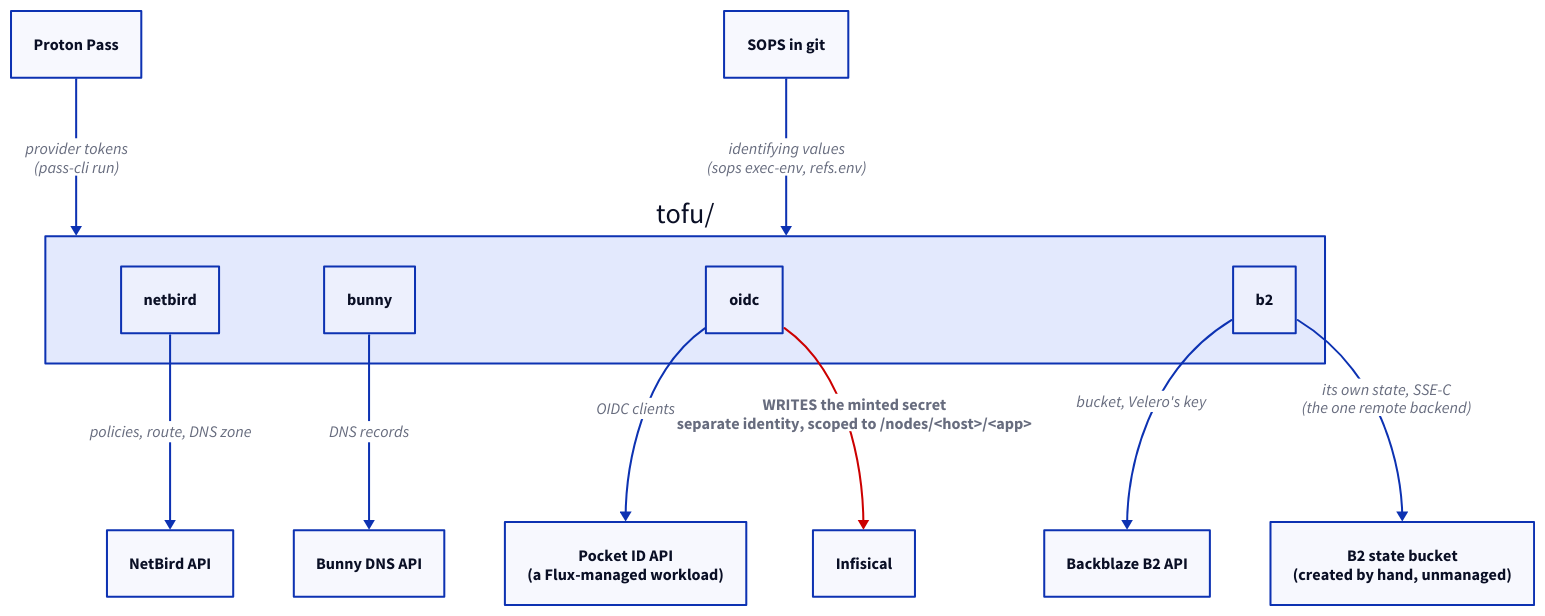
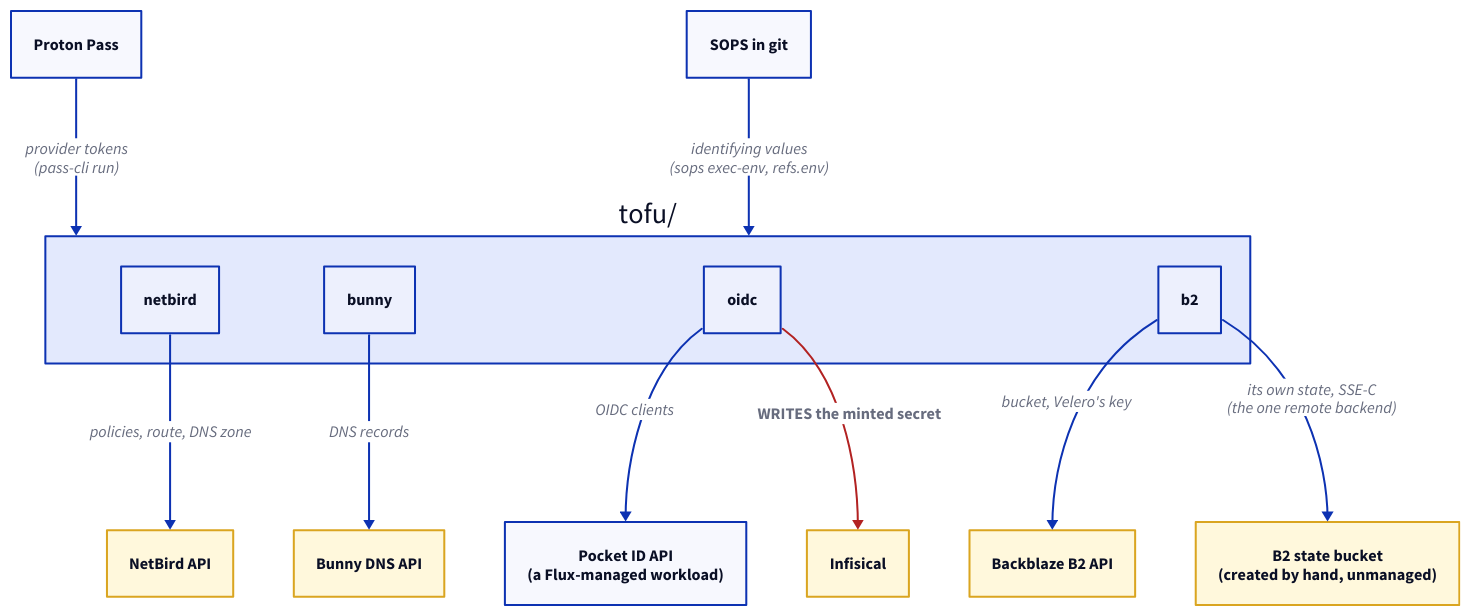
One commit to brewcoua/futhark changed the diagram in docs/src/tofu/index.md. Above: the diagram before and after it, drawn with D2. The commit also changed other lines of this file and 9 other files, not shown here.

First line of the commit message:
docs: give every diagram a named role palette

````diff
--- a/docs/src/tofu/index.md
+++ b/docs/src/tofu/index.md
@@ -126,33 +128,46 @@
 ```d2
 direction: down
 
+classes: {
+  external: {
+    style: {
+      stroke: goldenrod
+      fill: cornsilk
+    }
+  }
+  danger: {
+    style: {
+      bold: true
+      stroke: firebrick
+    }
+  }
+}
+
 pass: Proton Pass
 sops: SOPS in git
-infisical: Infisical
+infisical: Infisical { class: external }
 
 modules: "tofu/" {
   bunny
   oidc
   netbird
   b2
 }
 
 pass -> modules: provider tokens\n(pass-cli run)
 sops -> modules: identifying values\n(sops exec-env, refs.env)
 
 modules.bunny -> bunny-api: DNS records
 modules.netbird -> nb-api: policies, route, DNS zone
 modules.oidc -> pocketid: OIDC clients
 modules.b2 -> b2-api: bucket, Velero's key
 modules.b2 -> b2-state: "its own state, SSE-C\n(the one remote backend)"
 
-bunny-api: Bunny DNS API
-nb-api: NetBird API
+bunny-api: Bunny DNS API { class: external }
+nb-api: NetBird API { class: external }
 pocketid: "Pocket ID API\n(a Flux-managed workload)"
-b2-api: Backblaze B2 API
-b2-state: "B2 state bucket\n(created by hand, unmanaged)"
+b2-api: Backblaze B2 API { class: external }
+b2-state: "B2 state bucket\n(created by hand, unmanaged)" { class: external }
 
-modules.oidc -> infisical: "WRITES the minted secret\nseparate identity, scoped to /nodes/<host>/<app>" {
-  style: { bold: true; stroke: "#c00" }
-}
+modules.oidc -> infisical: WRITES the minted secret { class: danger }
 ```
````
